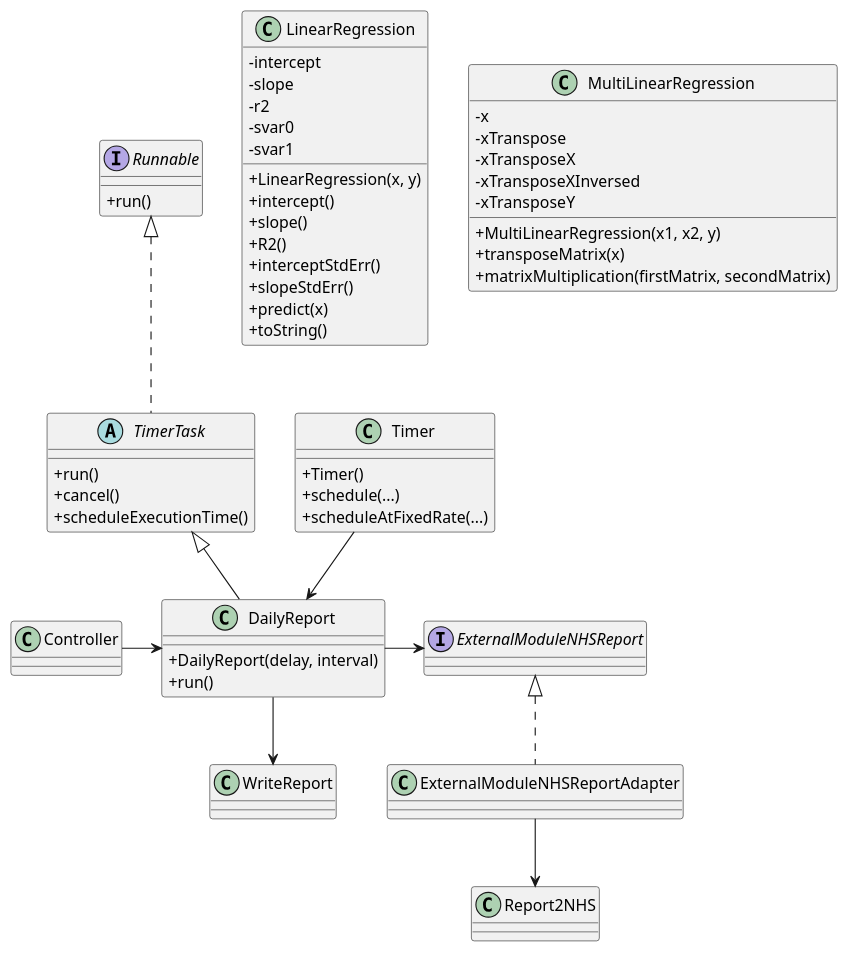
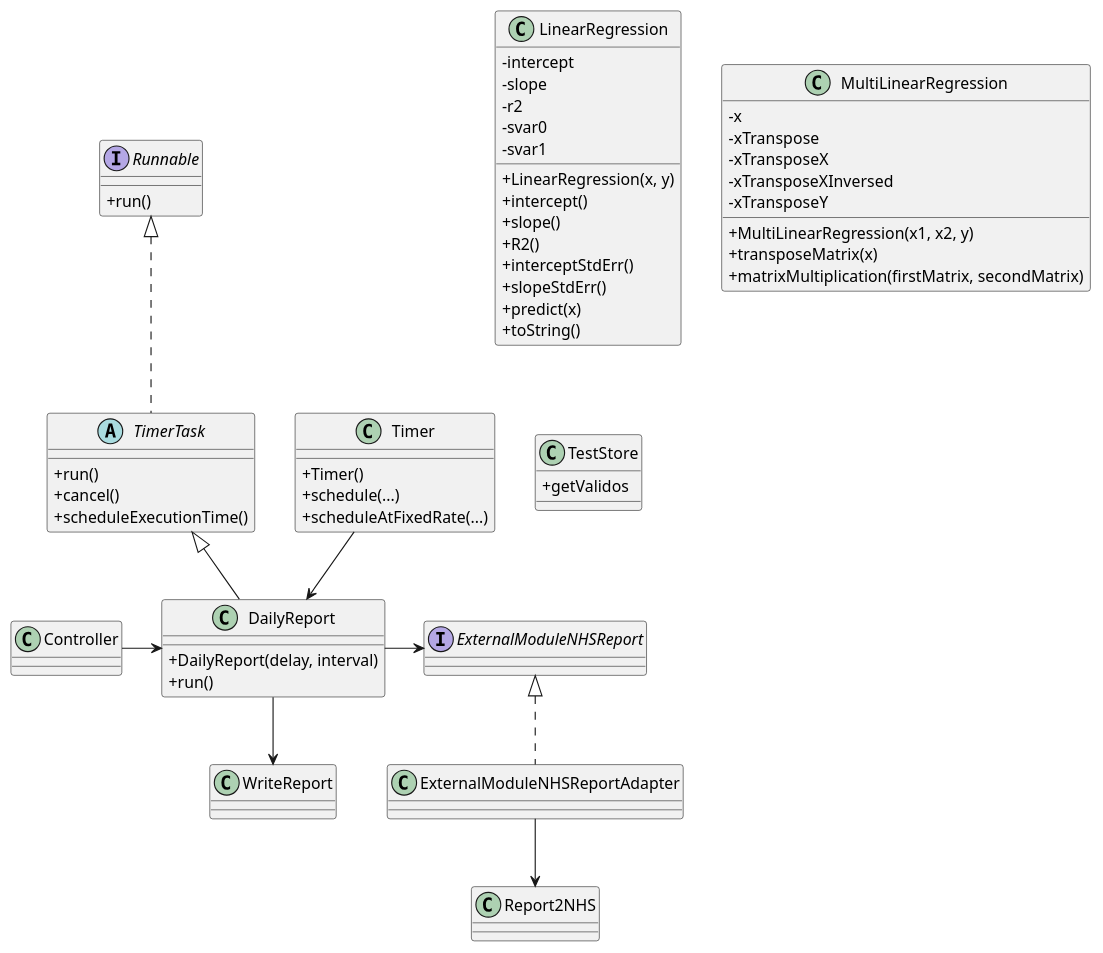
The diagram in docs/SprintD/US19/US19_CD.puml (MadDinosaur/ISEP-LAPR2), drawn with PlantUML before and after one commit. The commit also changed 1 other file, not shown here.

Commit message:
US19 cd update, added SampleListTest class

```diff
--- a/docs/SprintD/US19/US19_CD.puml
+++ b/docs/SprintD/US19/US19_CD.puml
@@ -1,76 +1,80 @@
 @startuml
 
 skinparam classAttributeIconSize 0
 
 class Controller
 
 interface Runnable {
 +run()
 }
 
 abstract TimerTask {
 +run()
 +cancel()
 +scheduleExecutionTime()
 }
 
 class DailyReport {
 +DailyReport(delay, interval)
 +run()
 }
 
 class Timer {
 +Timer()
 +schedule(...)
 +scheduleAtFixedRate(...)
 }
 
 class LinearRegression {
 -intercept
 -slope
 -r2
 -svar0
 -svar1
 +LinearRegression(x, y)
 +intercept()
 +slope()
 +R2()
 +interceptStdErr()
 +slopeStdErr()
 +predict(x)
 +toString()
 }
 
 class MultiLinearRegression {
 -x
 -xTranspose
 -xTransposeX
 -xTransposeXInversed
 -xTransposeY
 +MultiLinearRegression(x1, x2, y)
 +transposeMatrix(x)
 +matrixMultiplication(firstMatrix, secondMatrix)
 }
 
+class TestStore {
++getValidos
+}
+
 class WriteReport
 
 interface ExternalModuleNHSReport
 
 class ExternalModuleNHSReportAdapter
 
 class Report2NHS
 
 Controller -> DailyReport
 
 
 Runnable <|.. TimerTask
 TimerTask <|-- DailyReport
 Timer --> DailyReport
 DailyReport --> WriteReport
 
 DailyReport -> ExternalModuleNHSReport
 
 ExternalModuleNHSReport <|.. ExternalModuleNHSReportAdapter
 ExternalModuleNHSReportAdapter --> Report2NHS
 
 @enduml
```
